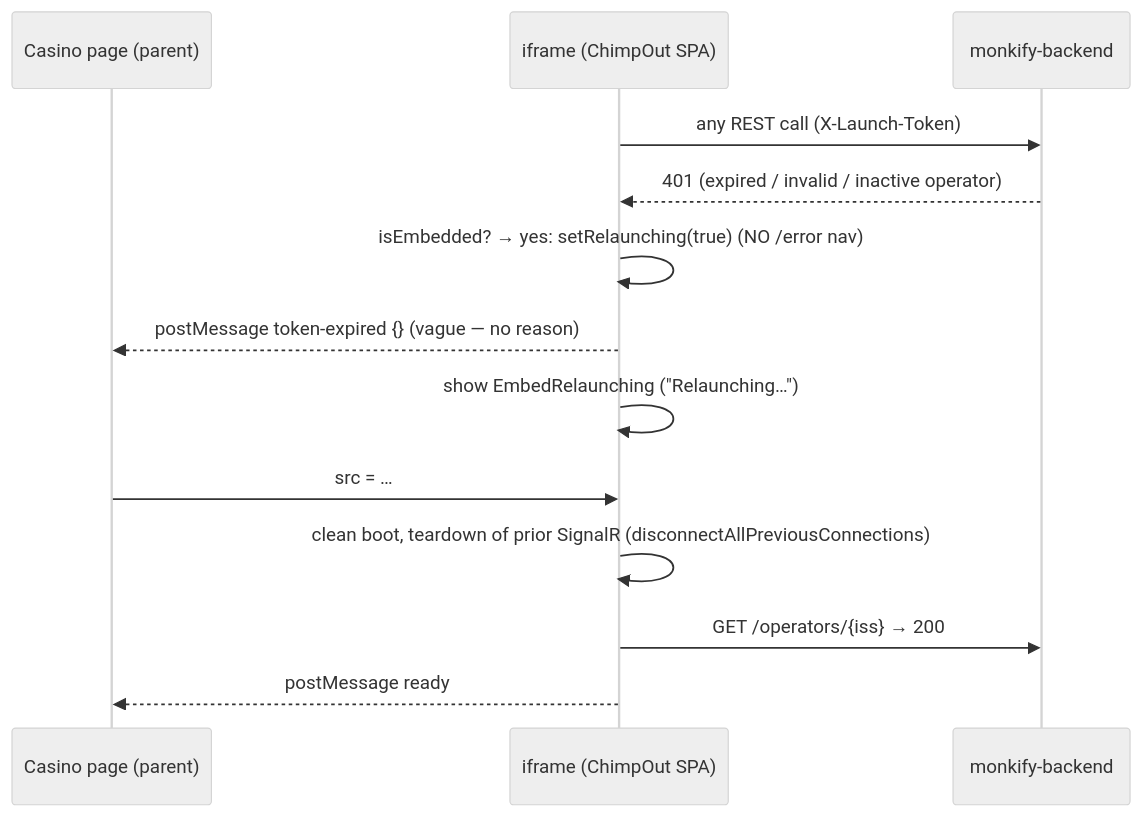
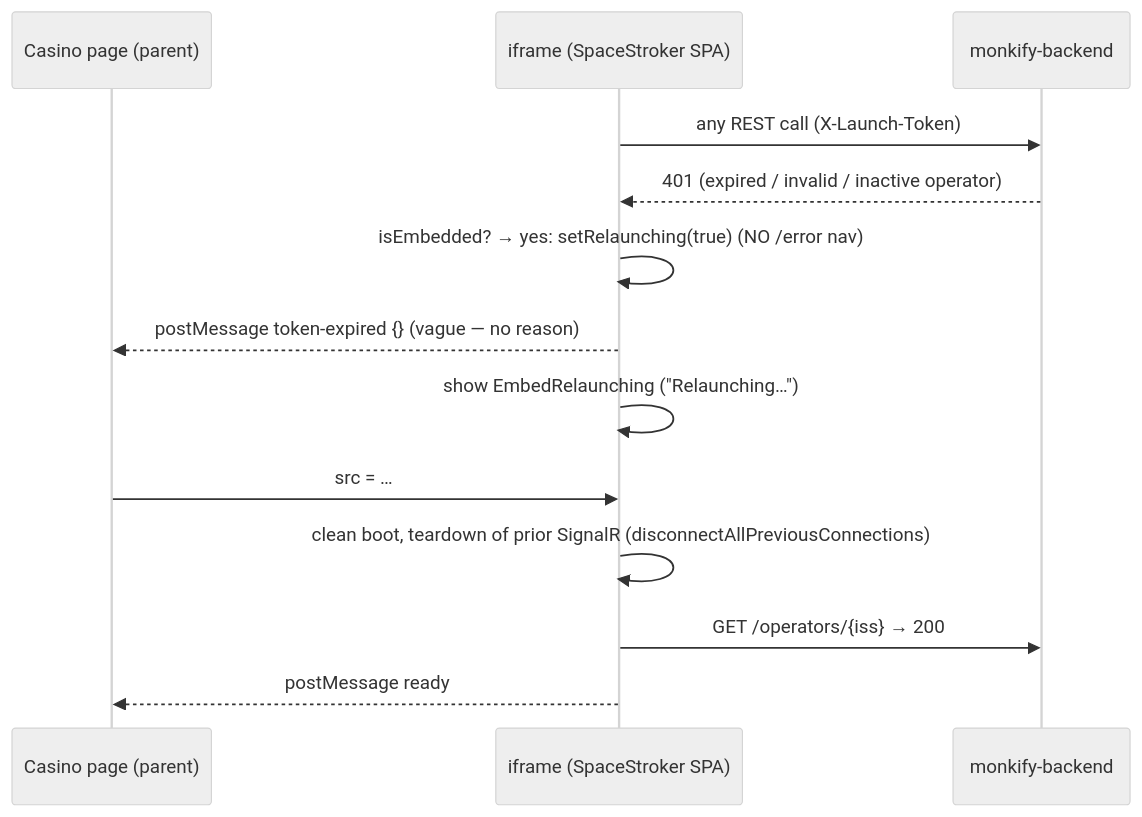
The second of 2 diagrams in specs/iframe-embedding.md (marcusruas/monkify-meta), drawn with Mermaid (neutral theme) before and after one commit. The commit also changed other lines of this file and 99 other files, not shown here.

First line of the commit message:
Rename ChimpOut -> SpaceStroker across deploy + KB (#75).

````diff
--- a/specs/iframe-embedding.md
+++ b/specs/iframe-embedding.md
@@ -404,16 +404,16 @@
 ```mermaid
 sequenceDiagram
   participant Casino as Casino page (parent)
-  participant Frame as iframe (ChimpOut SPA)
+  participant Frame as iframe (SpaceStroker SPA)
   participant API as monkify-backend
 
   Frame->>API: any REST call (X-Launch-Token)
   API-->>Frame: 401 (expired / invalid / inactive operator)
   Frame->>Frame: isEmbedded? → yes: setRelaunching(true) (NO /error nav)
   Frame-->>Casino: postMessage token-expired {}   (vague — no reason)
   Frame->>Frame: show EmbedRelaunching ("Relaunching…")
   Casino->>Frame: src = …#launch_token=<FRESH jwt>   (full reload)
   Frame->>Frame: clean boot, teardown of prior SignalR (disconnectAllPreviousConnections)
   Frame->>API: GET /operators/{iss} → 200
   Frame-->>Casino: postMessage ready
 ```
````
